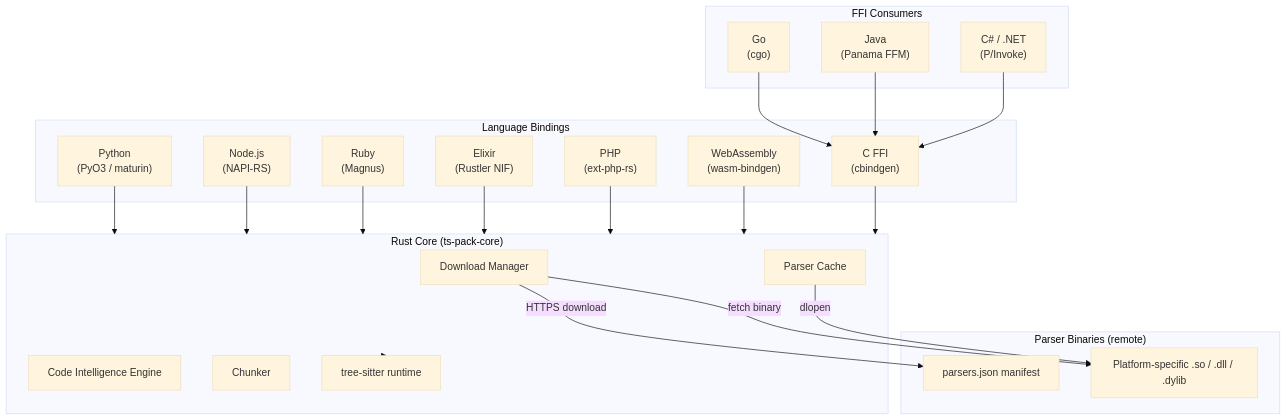
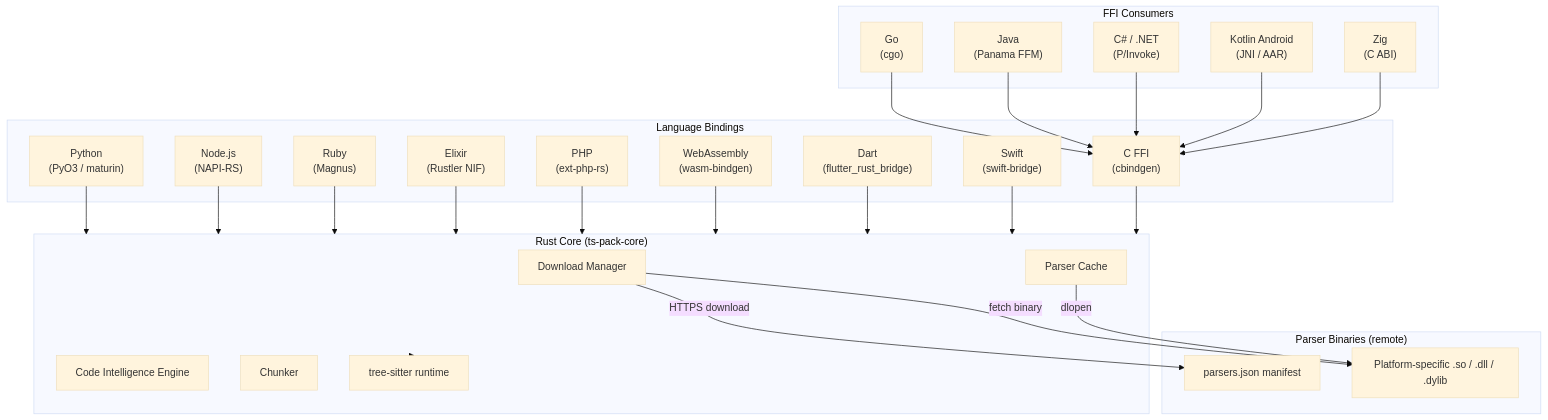
Before and after one commit to Blockether/tree-sitter-language-pack: the diagram in docs/concepts/architecture.md, drawn with Mermaid (base theme). The commit also changed other lines of this file and 9 other files, not shown here.

````diff
--- a/docs/concepts/architecture.md
+++ b/docs/concepts/architecture.md
@@ -12,47 +12,55 @@
 ```mermaid
 graph TD
     subgraph Bindings["Language Bindings"]
         PY["Python<br/>(PyO3 / maturin)"]
         NODE["Node.js<br/>(NAPI-RS)"]
         RB["Ruby<br/>(Magnus)"]
         EL["Elixir<br/>(Rustler NIF)"]
         PHP["PHP<br/>(ext-php-rs)"]
         WASM["WebAssembly<br/>(wasm-bindgen)"]
         FFI["C FFI<br/>(cbindgen)"]
+        DART["Dart<br/>(flutter_rust_bridge)"]
+        SWIFT["Swift<br/>(swift-bridge)"]
     end
 
     subgraph FFIConsumers["FFI Consumers"]
         GO["Go<br/>(cgo)"]
         JAVA["Java<br/>(Panama FFM)"]
         CS["C# / .NET<br/>(P/Invoke)"]
+        KOTLIN["Kotlin Android<br/>(JNI / AAR)"]
+        ZIG["Zig<br/>(C ABI)"]
     end
 
     subgraph Core["Rust Core (ts-pack-core)"]
         DL["Download Manager"]
         CACHE["Parser Cache"]
         PROC["Code Intelligence Engine"]
         CHUNK["Chunker"]
         TS["tree-sitter runtime"]
     end
 
     subgraph Parsers["Parser Binaries (remote)"]
         MANIFEST["parsers.json manifest"]
         BIN["Platform-specific .so / .dll / .dylib"]
     end
 
     PY --> Core
     NODE --> Core
     RB --> Core
     EL --> Core
     PHP --> Core
     WASM --> Core
+    DART --> Core
+    SWIFT --> Core
     FFI --> Core
     GO --> FFI
     JAVA --> FFI
     CS --> FFI
+    KOTLIN --> FFI
+    ZIG --> FFI
 
     DL -->|"HTTPS download"| MANIFEST
     DL -->|"fetch binary"| BIN
     CACHE -->|"dlopen"| BIN
     Core --> TS
 ```
````
